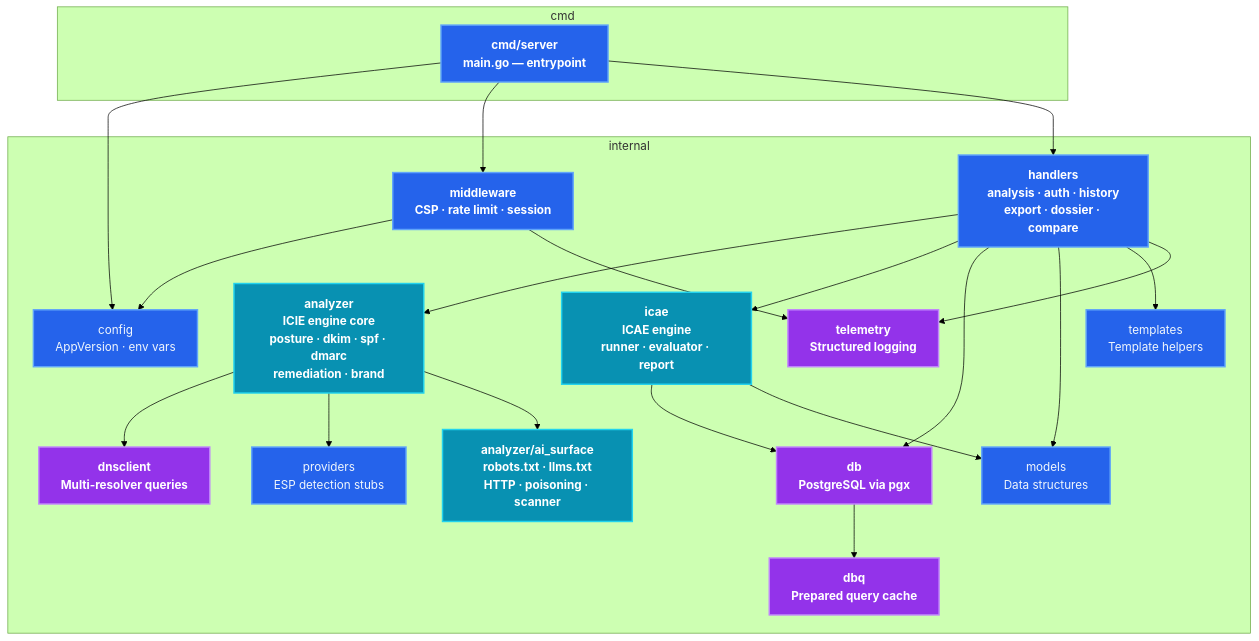
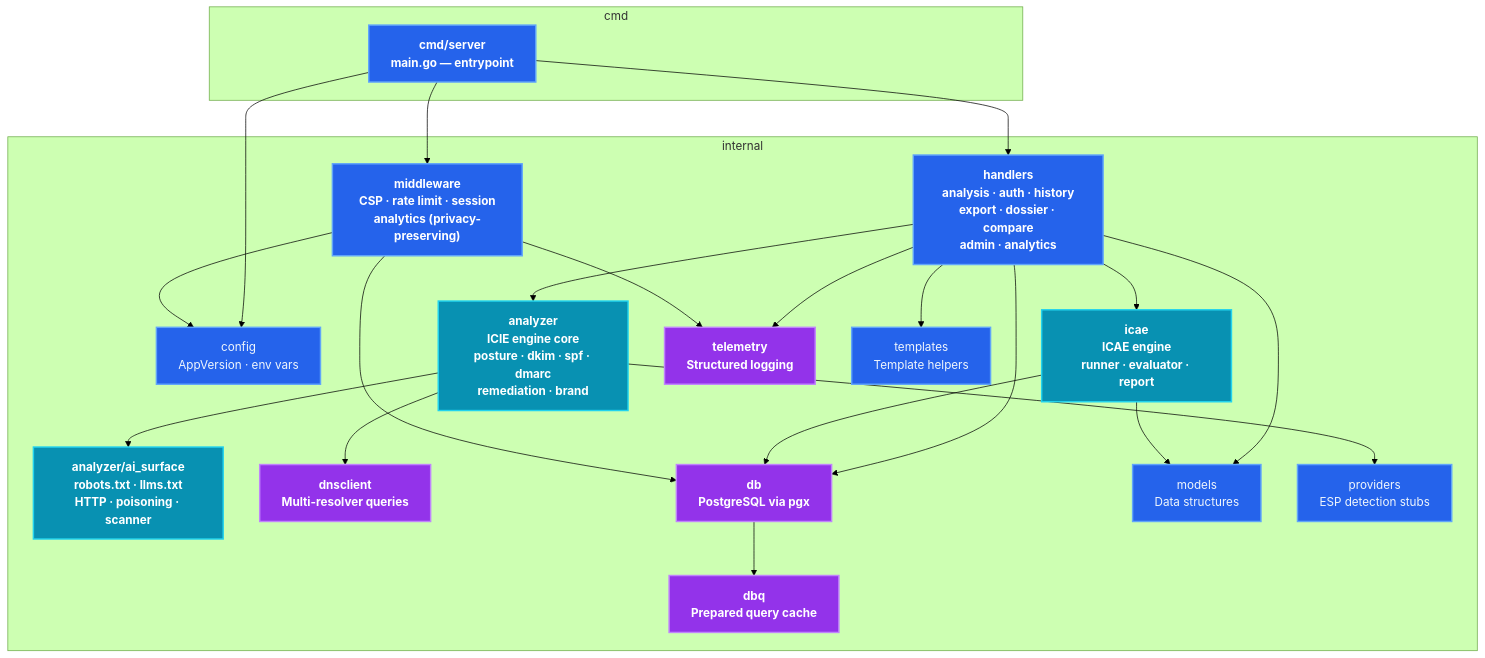
Before and after one commit to careyjames/DnsToolWeb: the seventh of 7 diagrams in docs/architecture/SYSTEM_ARCHITECTURE.md, drawn with Mermaid (forest theme). The commit also changed other lines of this file and 9 other files, not shown here.

First line of the commit message:
Add privacy-preserving analytics and admin dashboard functionality

````diff
--- a/docs/architecture/SYSTEM_ARCHITECTURE.md
+++ b/docs/architecture/SYSTEM_ARCHITECTURE.md
@@ -377,39 +388,39 @@
 ```mermaid
 graph TB
     subgraph "cmd"
         Server["cmd/server<br/>main.go — entrypoint"]
     end
 
     subgraph "internal"
         Config["config<br/>AppVersion · env vars"]
-        Middleware["middleware<br/>CSP · rate limit · session"]
-        Handlers["handlers<br/>analysis · auth · history<br/>export · dossier · compare"]
+        Middleware["middleware<br/>CSP · rate limit · session<br/>analytics (privacy-preserving)"]
+        Handlers["handlers<br/>analysis · auth · history<br/>export · dossier · compare<br/>admin · analytics"]
         Analyzer["analyzer<br/>ICIE engine core<br/>posture · dkim · spf · dmarc<br/>remediation · brand"]
         AISurface["analyzer/ai_surface<br/>robots.txt · llms.txt<br/>HTTP · poisoning · scanner"]
         ICAE2["icae<br/>ICAE engine<br/>runner · evaluator · report"]
         DNSClient2["dnsclient<br/>Multi-resolver queries"]
         DB2["db<br/>PostgreSQL via pgx"]
         DBQ["dbq<br/>Prepared query cache"]
         Models["models<br/>Data structures"]
         Providers["providers<br/>ESP detection stubs"]
         Telemetry["telemetry<br/>Structured logging"]
         Templates3["templates<br/>Template helpers"]
     end
 
     Server --> Config & Middleware & Handlers
     Handlers --> Analyzer & ICAE2 & DB2 & Models & Templates3
     Analyzer --> DNSClient2 & Providers & AISurface
     ICAE2 --> DB2 & Models
     Handlers --> Telemetry
     DB2 --> DBQ
-    Middleware --> Config & Telemetry
+    Middleware --> Config & Telemetry & DB2
 
     classDef default fill:#2563eb,stroke:#60a5fa,stroke-width:2px,color:#f0f6fc
     classDef core fill:#2563eb,stroke:#60a5fa,stroke-width:2px,color:#fff,font-weight:bold
     classDef engine fill:#0891b2,stroke:#22d3ee,stroke-width:2px,color:#fff,font-weight:bold
     classDef infra fill:#9333ea,stroke:#c084fc,stroke-width:2px,color:#fff,font-weight:bold
     class Analyzer,AISurface,ICAE2 engine
     class Server,Handlers,Middleware core
     class DB2,DBQ,DNSClient2,Telemetry infra
     class Config,Models,Providers,Templates3 default
 ```
````
